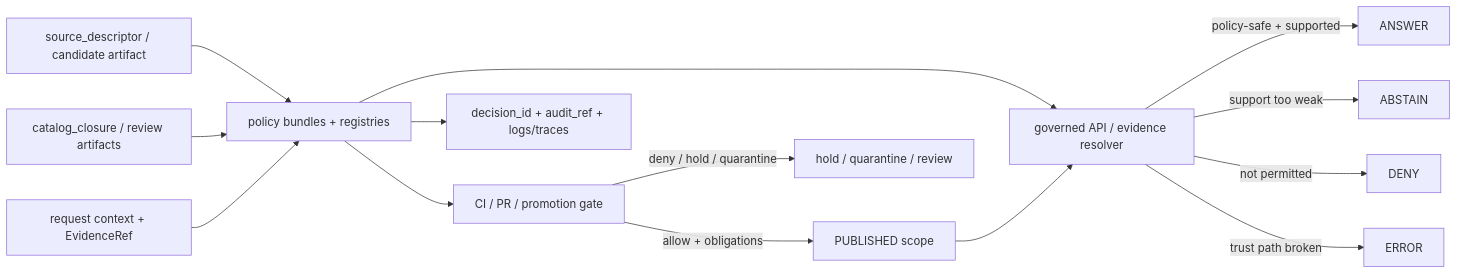
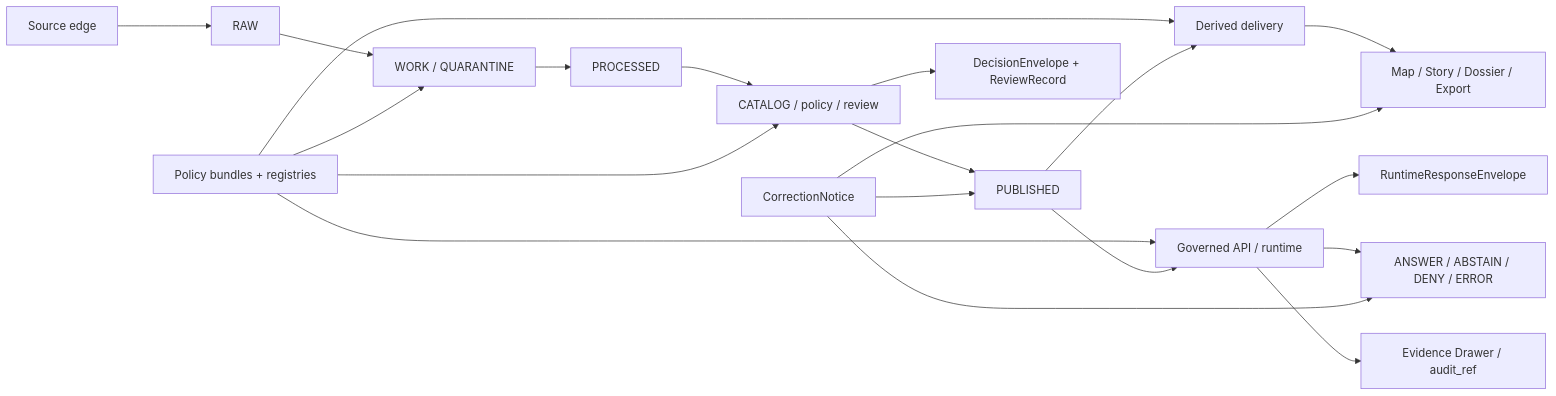
One commit to bartytime4life/Kansas-Frontier-Matrix changed the diagram in policy/README.md. Above: the diagram before and after it, drawn with Mermaid. The commit also changed other lines of this file, not shown here.

````diff
--- a/policy/README.md
+++ b/policy/README.md
@@ -276,20 +296,26 @@
 ```mermaid
 flowchart LR
-  A[source_descriptor / candidate artifact] --> P[policy bundles + registries]
-  B[catalog_closure / review artifacts] --> P
-  C[request context + EvidenceRef] --> P
+  A[Source edge] --> B[RAW]
+  B --> C[WORK / QUARANTINE]
+  C --> D[PROCESSED]
+  D --> E[CATALOG / policy / review]
+  E --> F[PUBLISHED]
 
-  P --> CI[CI / PR / promotion gate]
-  P --> RT[governed API / evidence resolver]
+  P[Policy bundles + registries] --> C
+  P --> E
+  P --> G[Governed API / runtime]
+  P --> H[Derived delivery]
 
-  CI -->|allow + obligations| PUB[PUBLISHED scope]
-  CI -->|deny / hold / quarantine| HOLD[hold / quarantine / review]
+  E --> R[DecisionEnvelope + ReviewRecord]
+  F --> H
+  F --> G
 
-  RT -->|policy-safe + supported| ANSWER[ANSWER]
-  RT -->|support too weak| ABSTAIN[ABSTAIN]
-  RT -->|not permitted| DENY[DENY]
-  RT -->|trust path broken| ERROR[ERROR]
+  H --> I[Map / Story / Dossier / Export]
+  G --> J[RuntimeResponseEnvelope]
+  G --> K[ANSWER / ABSTAIN / DENY / ERROR]
+  G --> L[Evidence Drawer / audit_ref]
 
-  P --> AUDIT[decision_id + audit_ref + logs/traces]
-  PUB --> RT
+  M[CorrectionNotice] --> F
+  M --> I
+  M --> K
 ```
````
